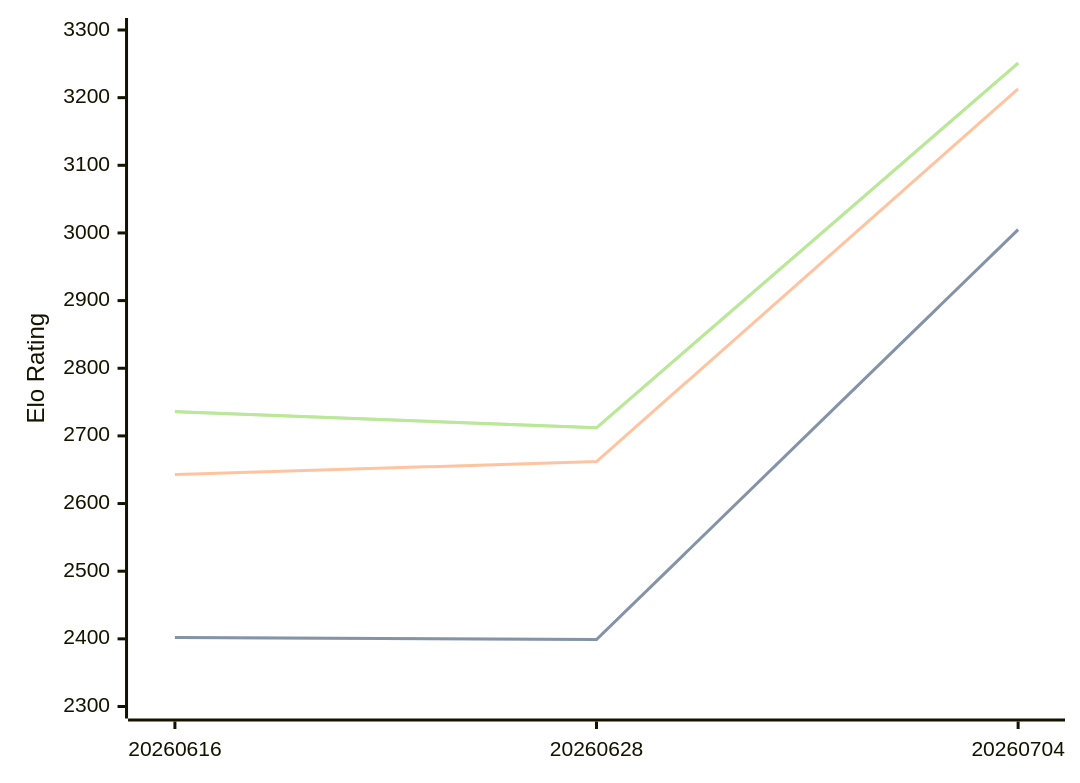
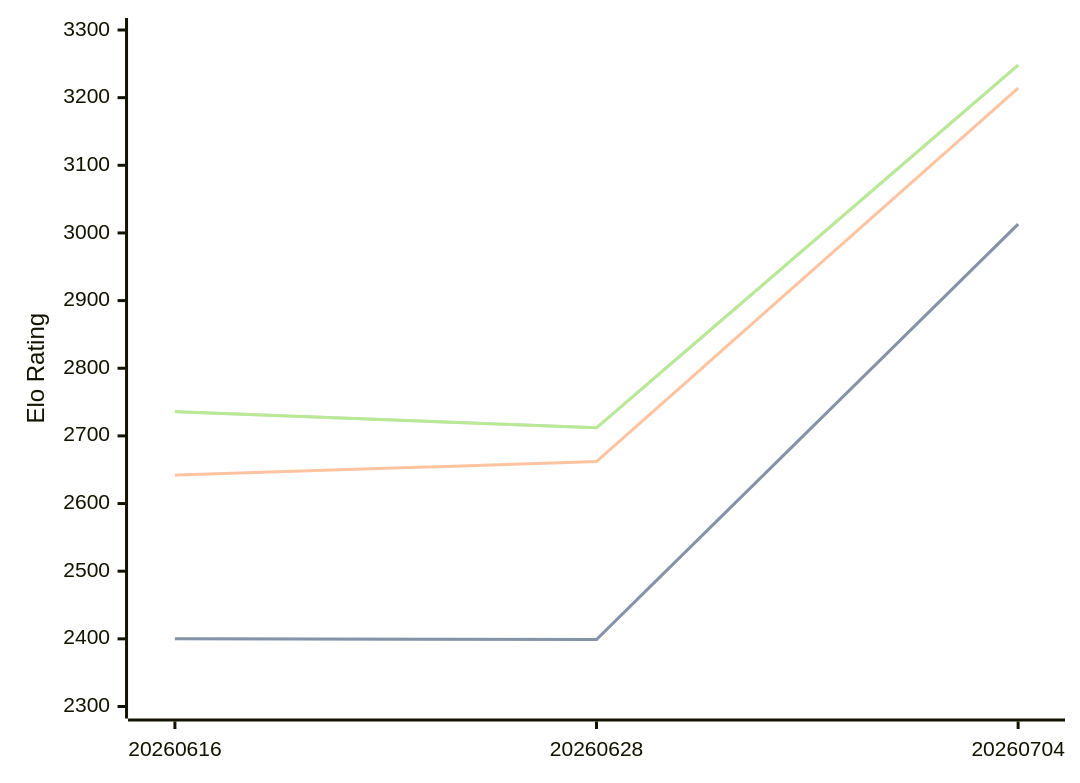
Before and after one commit to computer-chess-index/cci: the third of 3 diagrams in engines/Askaig.md, drawn with Mermaid. The commit also changed other lines of this file, not shown here.

Commit message:
Update CCI Ratings (ELO VLTC) - 2026-07-12

````diff
--- a/engines/Askaig.md
+++ b/engines/Askaig.md
@@ -68,11 +68,11 @@
 ```mermaid
 %%{init: {"theme":"base","themeVariables":{"seriesColors:['#a3a3a3','#222221','#faa371']}}}%%
 xychart-beta
   x-axis ["20260616", "20260628", "20260704"]
   y-axis "Elo Rating" 2300 --> 3300
-  line "STC (8.0+0.08s)" [2402, 2399, 3005]
-  line "STC (8.0+0.08s)" [2402, 2399, 3005]
-  line "LTC (60.0+0.60s)" [2643, 2662, 3213]
-  line "VLTC (2m24s+1.12s)" [2736, 2712, 3251]
-  line "VLTC (2m24s+1.12s)" [2736, 2712, 3251]
+  line "STC (8.0+0.08s)" [2400, 2399, 3013]
+  line "STC (8.0+0.08s)" [2400, 2399, 3013]
+  line "LTC (60.0+0.60s)" [2642, 2662, 3214]
+  line "VLTC (2m24s+1.12s)" [2736, 2712, 3248]
+  line "VLTC (2m24s+1.12s)" [2736, 2712, 3248]
 ```
````
